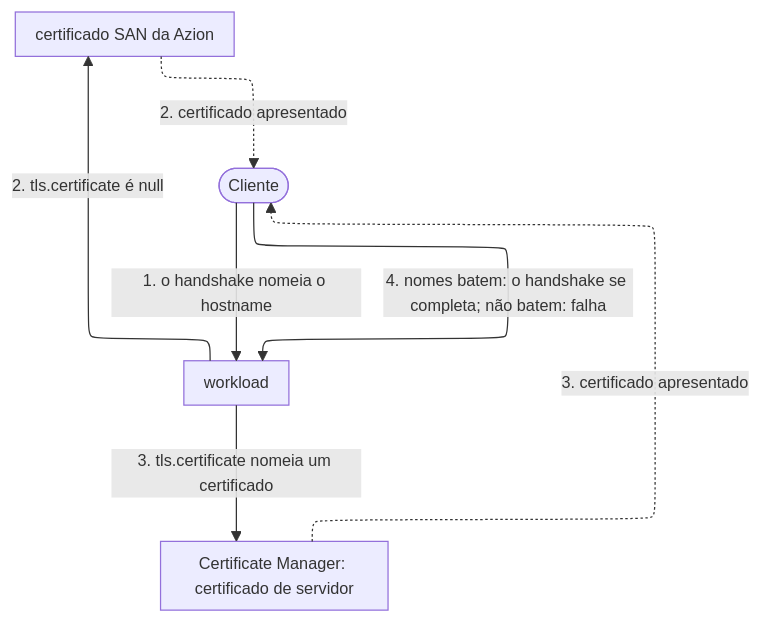
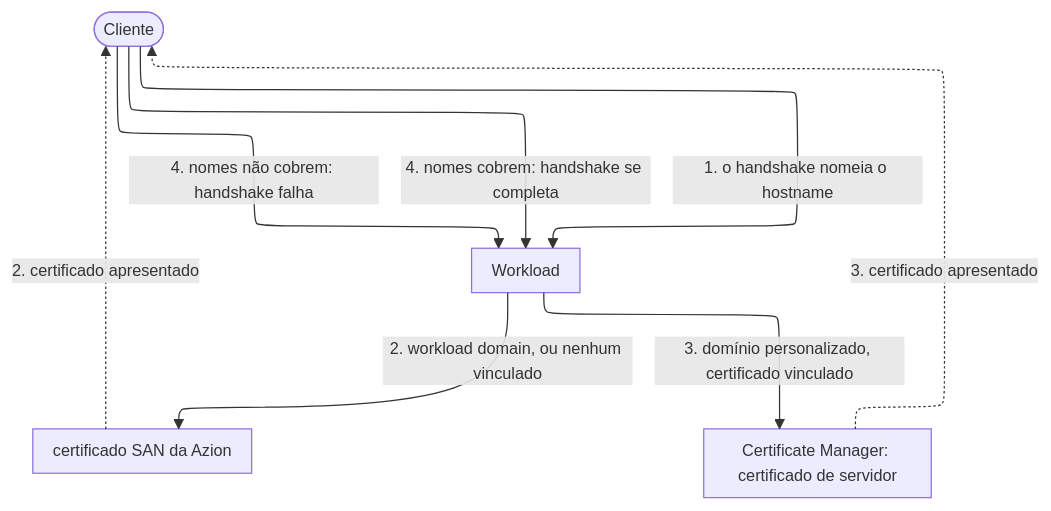
The second of 5 diagrams in apps/docs/src/content/docs/pt-br/pages/secure/workloads/como-funciona.mdx (aziontech/docs), drawn with Mermaid before and after one commit. The commit also changed other lines of this file and 1 other file, not shown here.

````diff
--- a/apps/docs/src/content/docs/pt-br/pages/secure/workloads/como-funciona.mdx
+++ b/apps/docs/src/content/docs/pt-br/pages/secure/workloads/como-funciona.mdx
@@ -116,14 +124,15 @@
 ```mermaid
 %%{init: {"layout": "elk", "elk": {"preset": "modelOrder", "keepEntryNodeOnTop": true}, "themeVariables": {"fontSize": "13px"}, "flowchart": {"nodeSpacing": 24, "rankSpacing": 36, "padding": 8, "wrappingWidth": 150, "useMaxWidth": true}, "sequence": {"width": 120, "actorMargin": 30, "useMaxWidth": true}}}%%
 flowchart TD
   Client(["Cliente"])
-  WL["workload"]
+  WL["Workload"]
   SAN["certificado SAN da Azion"]
   CM["Certificate Manager: certificado de servidor"]
   Client -->|"1. o handshake nomeia o hostname"| WL
-  WL -->|"2. tls.certificate é null"| SAN
-  WL -->|"3. tls.certificate nomeia um certificado"| CM
+  WL -->|"2. workload domain, ou nenhum vinculado"| SAN
+  WL -->|"3. domínio personalizado, certificado vinculado"| CM
   SAN -.->|"2. certificado apresentado"| Client
   CM -.->|"3. certificado apresentado"| Client
-  Client -->|"4. nomes batem: o handshake se completa; não batem: falha"| WL
+  Client -->|"4. nomes cobrem: handshake se completa"| WL
+  Client -->|"4. nomes não cobrem: handshake falha"| WL
 ```
````
